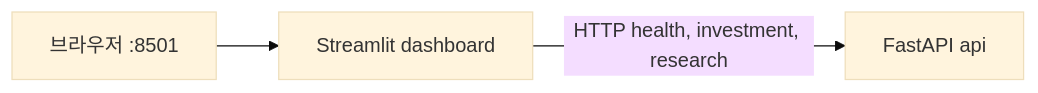
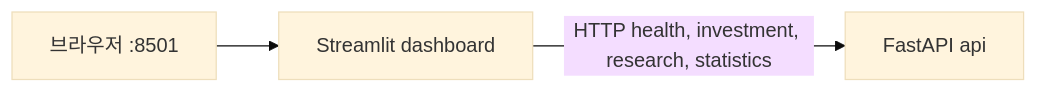
The diagram in docs/development.md (neibler/first-class), drawn with Mermaid (base theme) before and after one commit. The commit also changed other lines of this file and 16 other files, not shown here.

````diff
--- a/docs/development.md
+++ b/docs/development.md
@@ -5,5 +5,5 @@
 ```mermaid
 flowchart LR
     Browser[브라우저 :8501] --> Dashboard[Streamlit dashboard]
-    Dashboard -->|HTTP health, investment, research| API[FastAPI api]
+    Dashboard -->|HTTP health, investment, research, statistics| API[FastAPI api]
 ```
````
